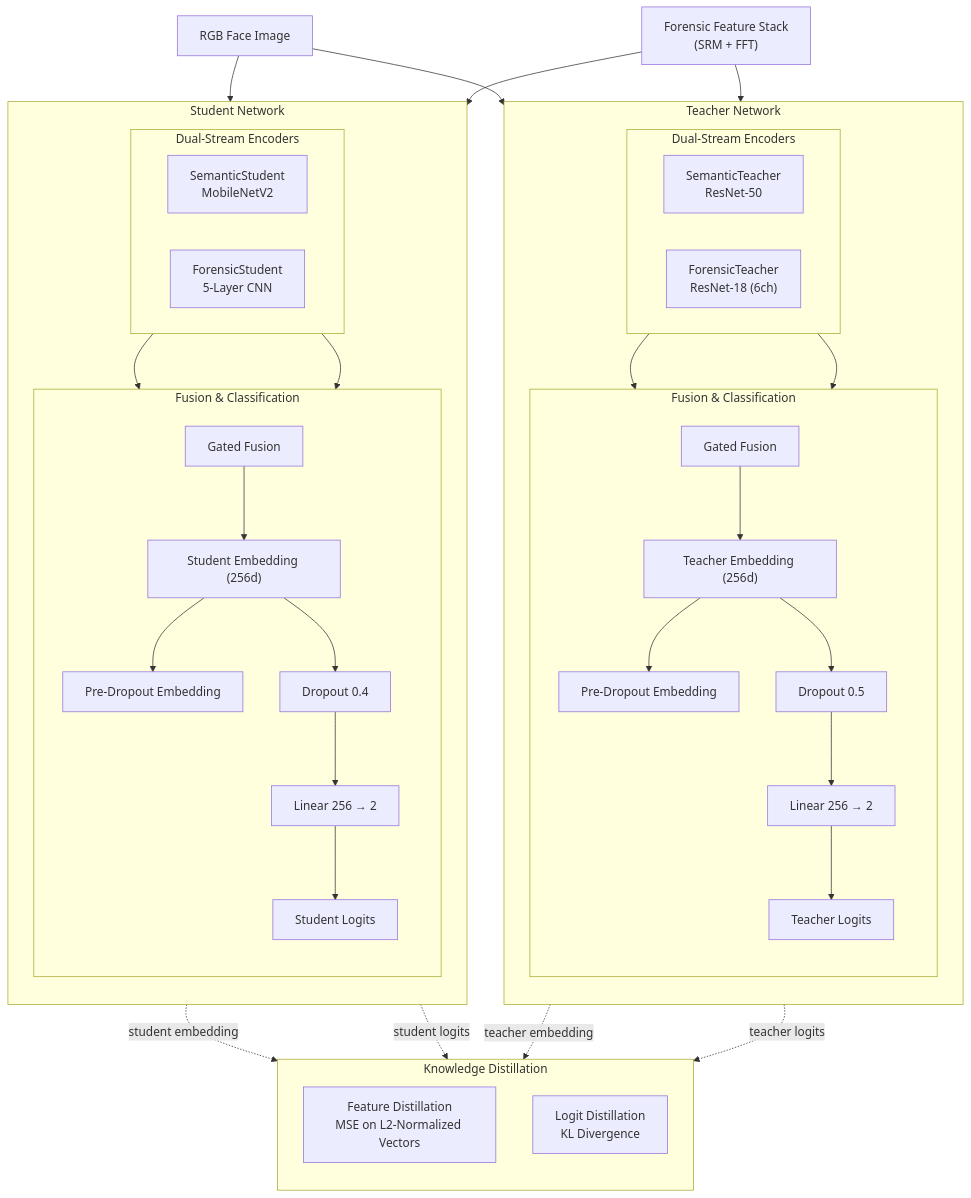
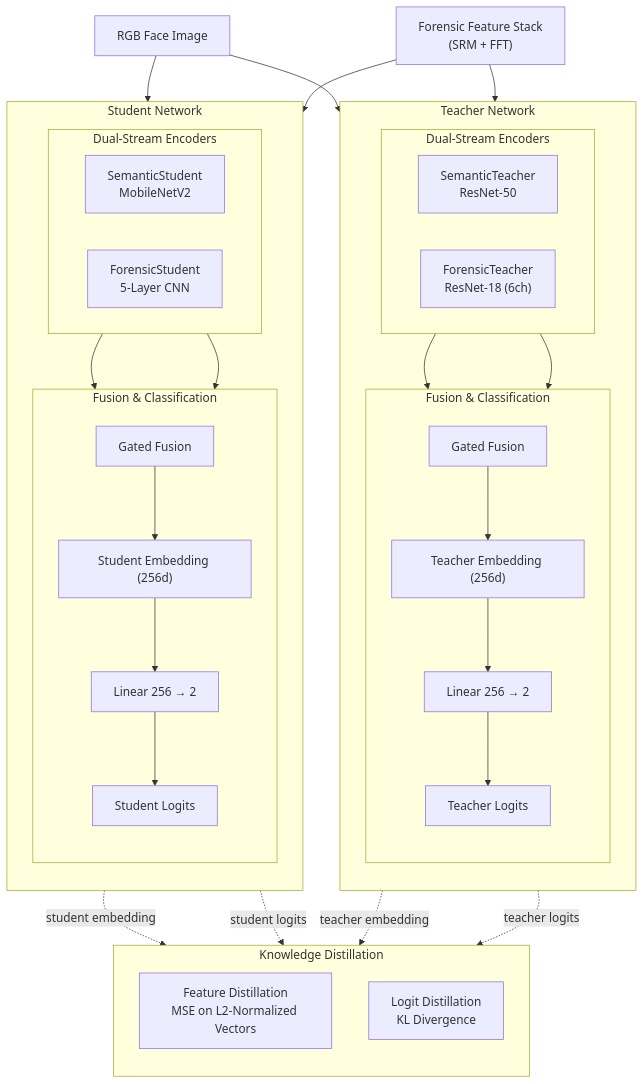
One commit to biswajit-bhunia/KD changed the seventh of 8 diagrams in walkthrough.md. Above: the diagram before and after it, drawn with Mermaid.

Commit message:
removed dropout from architecture diagram

````diff
--- a/walkthrough.md
+++ b/walkthrough.md
@@ -305,8 +305,6 @@
         direction TB
         T_Gate["Gated Fusion"]
         T_Emb["Teacher Embedding (256d)"]
-        T_Pre["Pre-Dropout Embedding"]
-        T_Drop["Dropout 0.5"]
         T_Cls["Linear 256 → 2"]
         T_Log["Teacher Logits"]
     end
@@ -326,8 +324,6 @@
         direction TB
         S_Gate["Gated Fusion"]
         S_Emb["Student Embedding (256d)"]
-        S_Pre["Pre-Dropout Embedding"]
-        S_Drop["Dropout 0.4"]
         S_Cls["Linear 256 → 2"]
         S_Log["Student Logits"]
     end
@@ -347,9 +343,7 @@
 T_Sem --> T_Gate
 T_For --> T_Gate
 T_Gate --> T_Emb
-T_Emb --> T_Pre
-T_Emb --> T_Drop
-T_Drop --> T_Cls
+T_Emb --> T_Cls
 T_Cls --> T_Log
 
 %% =========================
@@ -358,9 +352,7 @@
 S_Sem --> S_Gate
 S_For --> S_Gate
 S_Gate --> S_Emb
-S_Emb --> S_Pre
-S_Emb --> S_Drop
-S_Drop --> S_Cls
+S_Emb --> S_Cls
 S_Cls --> S_Log
 
 %% =========================
@@ -372,8 +364,8 @@
     KD_Log["Logit Distillation<br/>KL Divergence"]
 end
 
-T_Pre -. "teacher embedding" .-> KD_Feat
-S_Pre -. "student embedding" .-> KD_Feat
+T_Emb -. "teacher embedding" .-> KD_Feat
+S_Emb -. "student embedding" .-> KD_Feat
 T_Log -. "teacher logits" .-> KD_Log
 S_Log -. "student logits" .-> KD_Log
 ```
````
